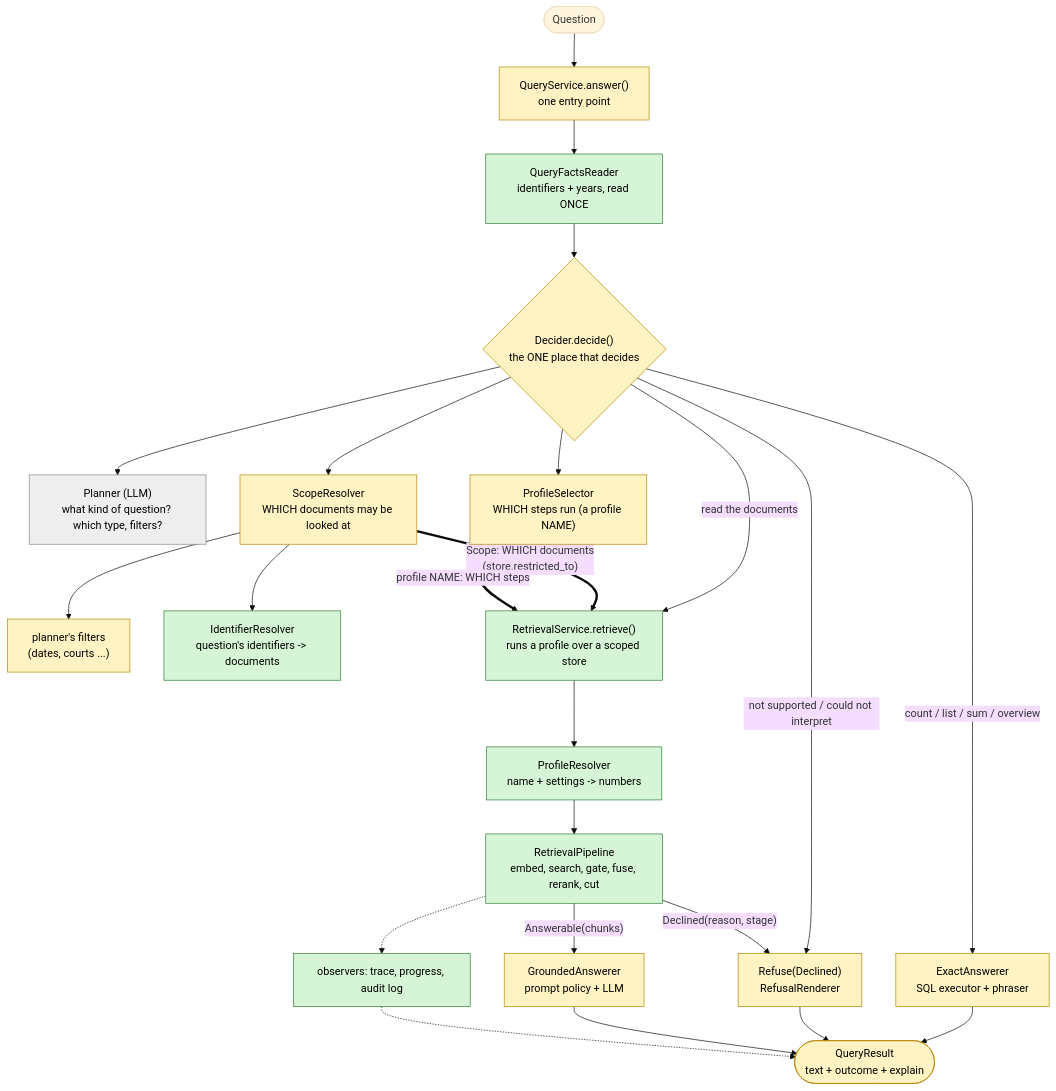
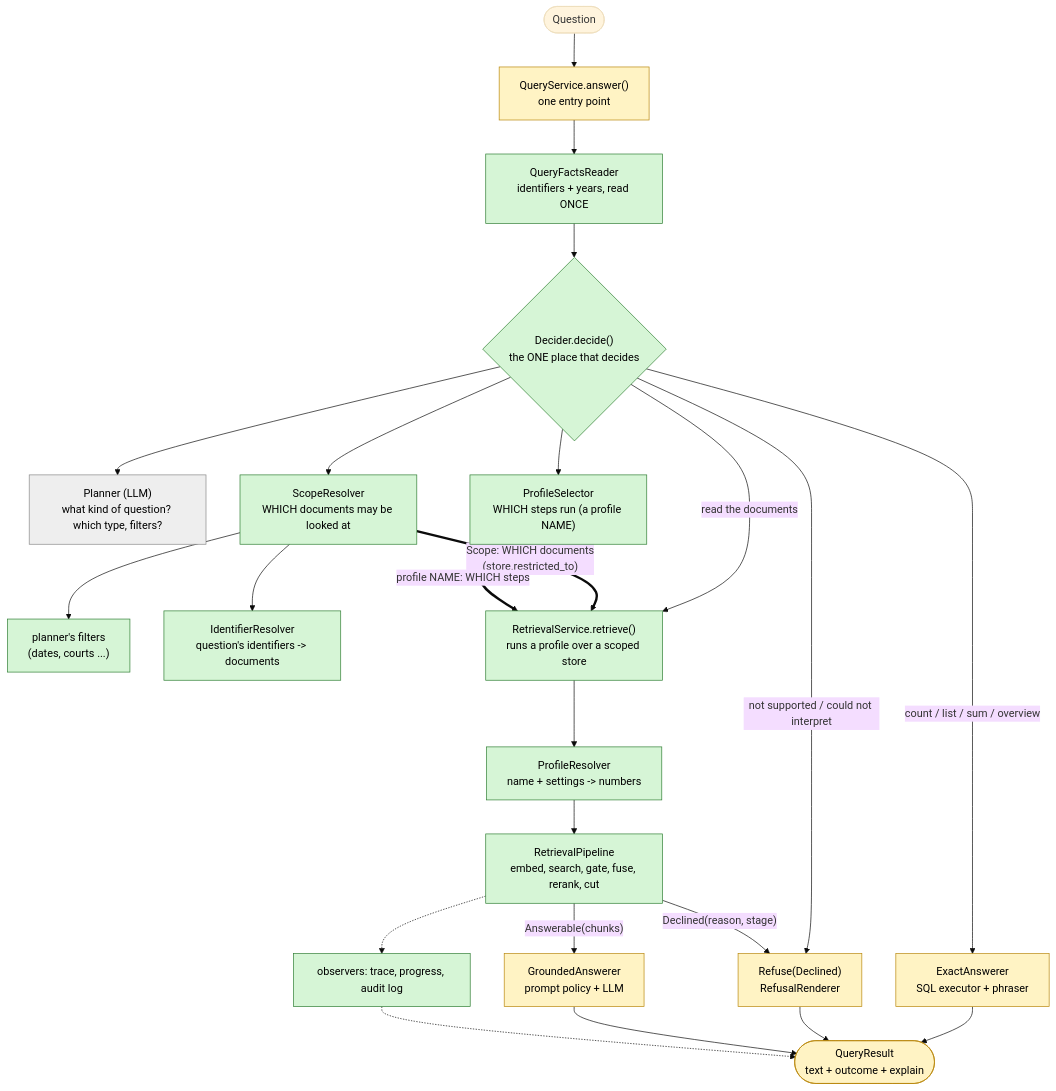
One commit to olythy/docs-agent changed the first of 2 diagrams in docs/query-pipeline-design.md. Above: the diagram before and after it, drawn with Mermaid (base theme). The commit also changed other lines of this file and 3 other files, not shown here.

````diff
--- a/docs/query-pipeline-design.md
+++ b/docs/query-pipeline-design.md
@@ -43,35 +43,35 @@
 ```mermaid
 flowchart TD
     Q(["Question"]) --> SVC["QueryService.answer()<br/>one entry point"]
     SVC --> FR["QueryFactsReader<br/>identifiers + years, read ONCE"]
     FR --> DEC{"Decider.decide()<br/>the ONE place that decides"}
 
     DEC --> PL["Planner (LLM)<br/>what kind of question? which type, filters?"]
     DEC --> SR["ScopeResolver<br/>WHICH documents may be looked at"]
     DEC --> PS["ProfileSelector<br/>WHICH steps run (a profile NAME)"]
     SR --> PF["planner's filters<br/>(dates, courts ...)"]
     SR --> IR["IdentifierResolver<br/>question's identifiers -> documents"]
 
     DEC -->|"count / list / sum / overview"| EX["ExactAnswerer<br/>SQL executor + phraser"]
     DEC -->|"not supported / could not interpret"| RF["Refuse(Declined)<br/>RefusalRenderer"]
     DEC -->|"read the documents"| RS["RetrievalService.retrieve()<br/>runs a profile over a scoped store"]
     SR ==>|"Scope: WHICH documents<br/>(store.restricted_to)"| RS
     PS ==>|"profile NAME: WHICH steps"| RS
 
     RS --> PR["ProfileResolver<br/>name + settings -> numbers"]
     PR --> PIPE["RetrievalPipeline<br/>embed, search, gate, fuse, rerank, cut"]
     PIPE -->|"Answerable(chunks)"| GA["GroundedAnswerer<br/>prompt policy + LLM"]
     PIPE -->|"Declined(reason, stage)"| RF
     EX --> RES
     RF --> RES
     GA --> RES(["QueryResult<br/>text + outcome + explain"])
     PIPE -.-> OBS["observers: trace, progress, audit log"]
     OBS -.-> RES
 
     classDef built fill:#d6f5d6,stroke:#2e7d32,color:#000
     classDef todo fill:#fff3c4,stroke:#b8860b,color:#000
     classDef box fill:#eeeeee,stroke:#888,color:#000
-    class FR,IR,RS,PR,PIPE,OBS built
-    class SVC,DEC,SR,PS,PF,EX,RF,GA,RES todo
+    class FR,IR,DEC,SR,PS,PF,RS,PR,PIPE,OBS built
+    class SVC,EX,RF,GA,RES todo
     class PL box
 ```
````
